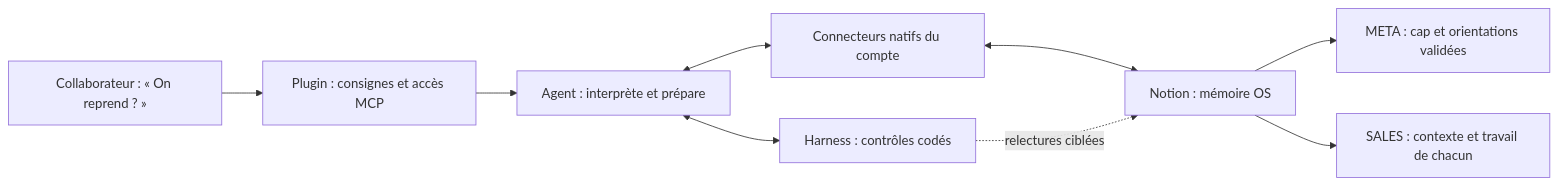
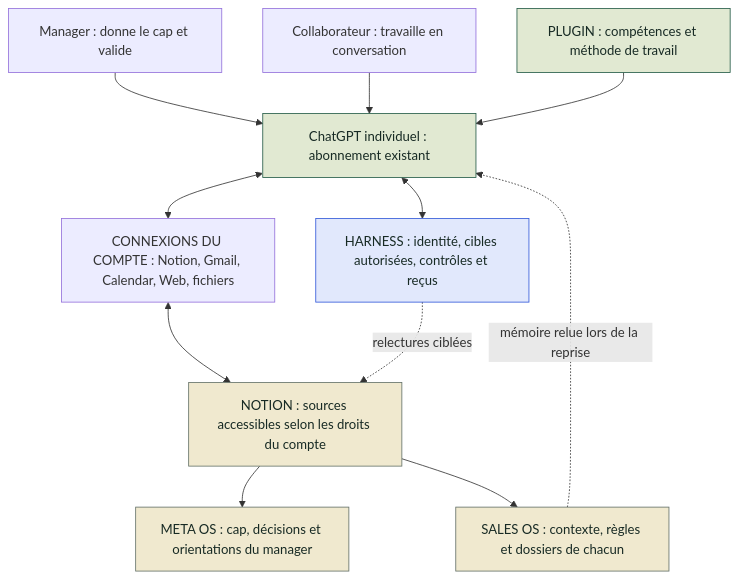
Before and after one commit to Soynido/vertigo-architecture: the diagram in README.md, drawn with Mermaid. The commit also changed other lines of this file and 16 other files, not shown here.

````diff
--- a/README.md
+++ b/README.md
@@ -20,11 +18,19 @@
 ```mermaid
-flowchart LR
- U[Collaborateur : « On reprend ? »] --> P[Plugin : consignes et accès MCP]
- P --> A[Agent : interprète et prépare]
- A <--> T[Connecteurs natifs du compte]
- T <--> N[Notion : mémoire OS]
- A <--> H[Harness : contrôles codés]
+flowchart TB
+ M[Manager : donne le cap et valide] --> C[ChatGPT individuel : abonnement existant]
+ U[Collaborateur : travaille en conversation] --> C
+ P[PLUGIN : compétences et méthode de travail] --> C
+ C <--> T[CONNEXIONS DU COMPTE : Notion, Gmail, Calendar, Web, fichiers]
+ C <--> H[HARNESS : identité, cibles autorisées, contrôles et reçus]
+ T <--> N[NOTION : sources accessibles selon les droits du compte]
+ N --> META[META OS : cap, décisions et orientations du manager]
+ N --> SALES[SALES OS : contexte, règles et dossiers de chacun]
  H -. relectures ciblées .-> N
- N --> M[META : cap et orientations validées]
- N --> S[SALES : contexte et travail de chacun]
+ SALES -. mémoire relue lors de la reprise .-> C
+ classDef chat fill:#e1e9d2,stroke:#245b47,color:#172a24
+ classDef control fill:#e1e8fc,stroke:#3158d9,color:#172a24
+ classDef memory fill:#f0e9cf,stroke:#647169,color:#172a24
+ class C,P chat
+ class H control
+ class N,META,SALES memory
 ```
````
